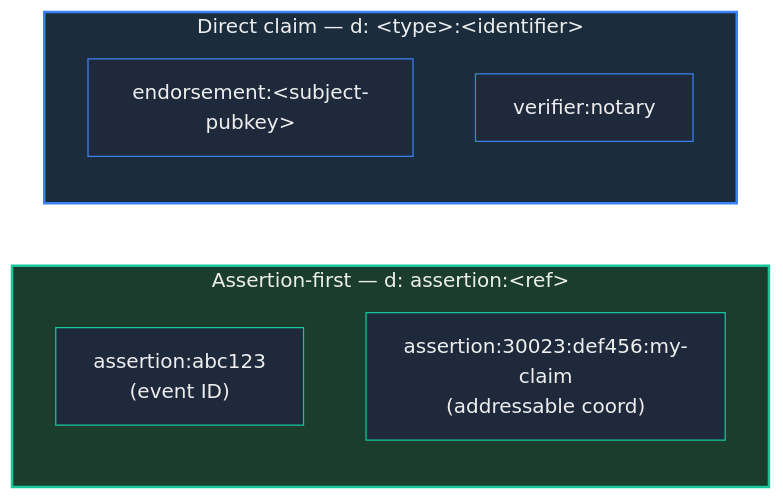
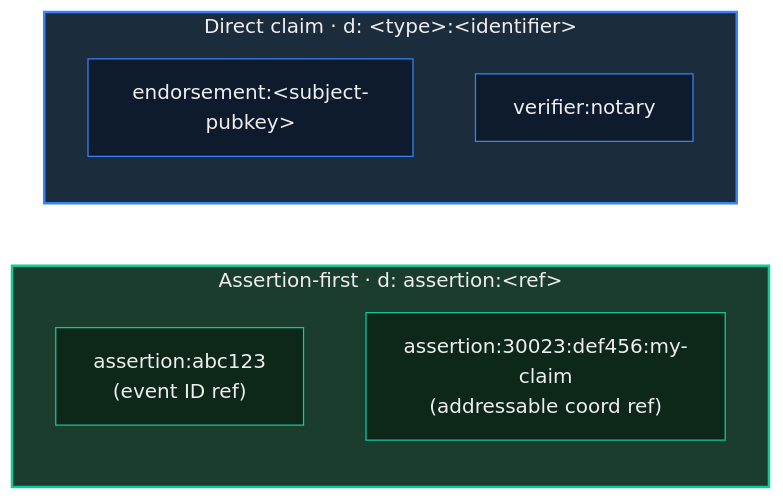
Before and after one commit to forgesworn/nostr-attestations: the diagram in assets/dtag-convention.mmd, drawn with Mermaid. The commit also changed 7 other files, not shown here.

First line of the commit message:
chore: restructure diagrams with subgraph grouping and dark background

```diff
--- a/assets/dtag-convention.mmd
+++ b/assets/dtag-convention.mmd
@@ -1,17 +1,17 @@
 graph LR
-    subgraph AF["Assertion-first  —  d: assertion:&lt;ref&gt;"]
-        AF1["assertion:abc123\n(event ID)"]
-        AF2["assertion:30023:def456:my-claim\n(addressable coord)"]
+    subgraph ASSERT["Assertion-first  ·  d: assertion:&lt;ref&gt;"]
+        AF1["assertion:abc123\n(event ID ref)"]
+        AF2["assertion:30023:def456:my-claim\n(addressable coord ref)"]
     end
 
-    subgraph DC["Direct claim  —  d: &lt;type&gt;:&lt;identifier&gt;"]
+    subgraph DIRECT["Direct claim  ·  d: &lt;type&gt;:&lt;identifier&gt;"]
         DC1["endorsement:&lt;subject-pubkey&gt;"]
         DC2["verifier:notary"]
     end
 
-    style AF fill:#1b3d2d,stroke:#16c79a,color:#eee,stroke-width:2px
-    style DC fill:#1b2d3d,stroke:#3b82f6,color:#eee,stroke-width:2px
-    style AF1 fill:#1e293b,stroke:#16c79a,color:#eee
-    style AF2 fill:#1e293b,stroke:#16c79a,color:#eee
-    style DC1 fill:#1e293b,stroke:#3b82f6,color:#eee
-    style DC2 fill:#1e293b,stroke:#3b82f6,color:#eee
+    style ASSERT fill:#1b3d2d,stroke:#16c79a,color:#eee,stroke-width:2px
+    style DIRECT fill:#1b2d3d,stroke:#3b82f6,color:#eee,stroke-width:2px
+    style AF1 fill:#0d2818,stroke:#16c79a,color:#eee
+    style AF2 fill:#0d2818,stroke:#16c79a,color:#eee
+    style DC1 fill:#0d1b2d,stroke:#3b82f6,color:#eee
+    style DC2 fill:#0d1b2d,stroke:#3b82f6,color:#eee
```
